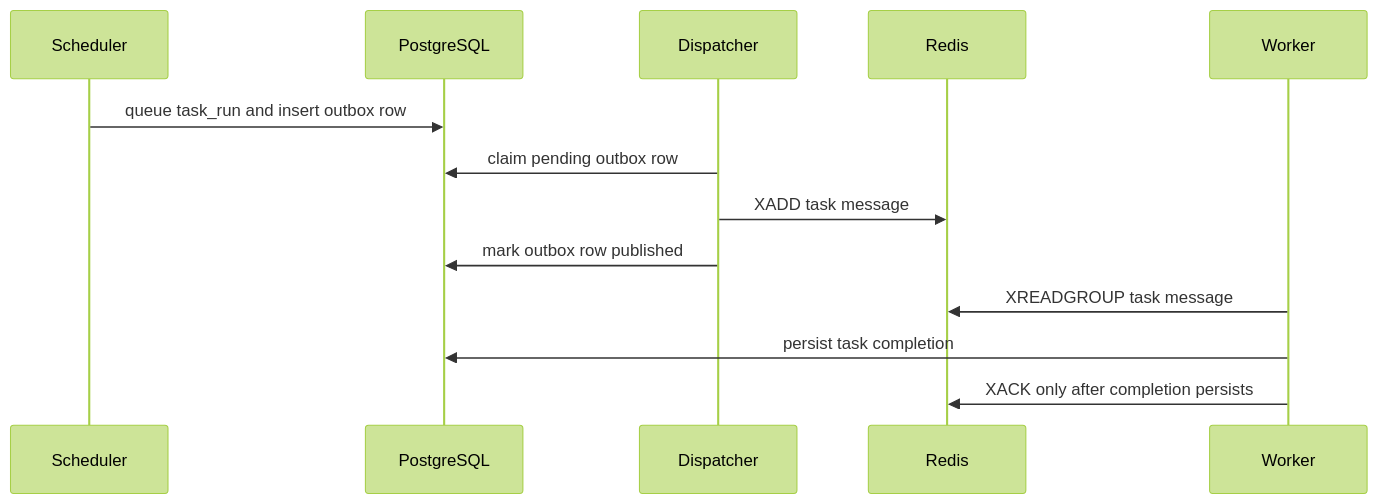
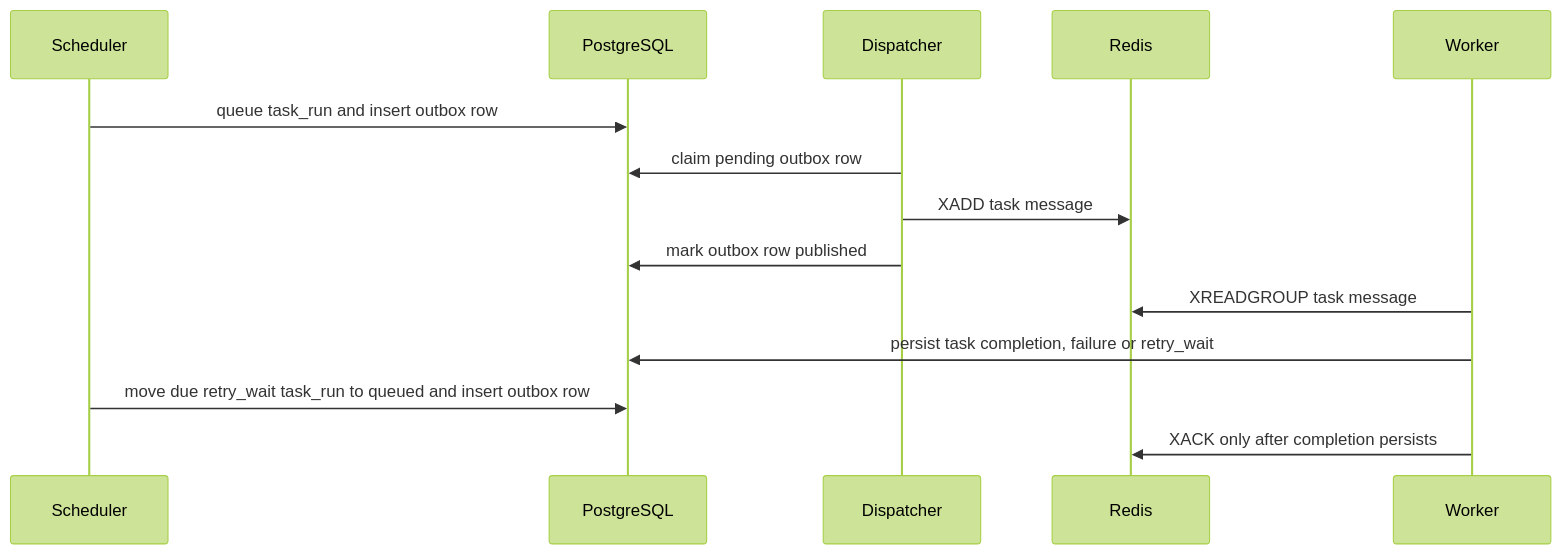
One commit to Hyowon-A/goflow changed the diagram in docs/failure-model.md. Above: the diagram before and after it, drawn with Mermaid (forest theme). The commit also changed other lines of this file and 5 other files, not shown here.

````diff
--- a/docs/failure-model.md
+++ b/docs/failure-model.md
@@ -88,16 +102,17 @@
 ```mermaid
 sequenceDiagram
     participant Scheduler
     participant Postgres as PostgreSQL
     participant Dispatcher
     participant Redis
     participant Worker
 
     Scheduler->>Postgres: queue task_run and insert outbox row
     Dispatcher->>Postgres: claim pending outbox row
     Dispatcher->>Redis: XADD task message
     Dispatcher->>Postgres: mark outbox row published
     Worker->>Redis: XREADGROUP task message
-    Worker->>Postgres: persist task completion
+    Worker->>Postgres: persist task completion, failure or retry_wait
+    Scheduler->>Postgres: move due retry_wait task_run to queued and insert outbox row
     Worker->>Redis: XACK only after completion persists
 ```
````
